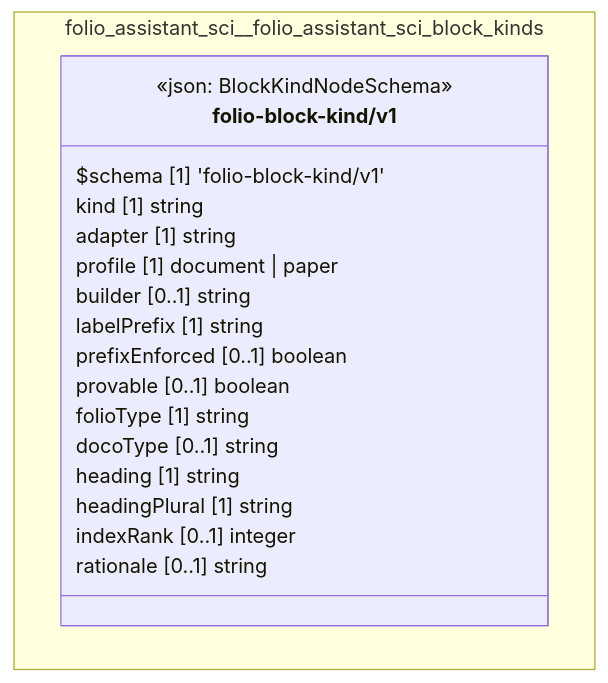
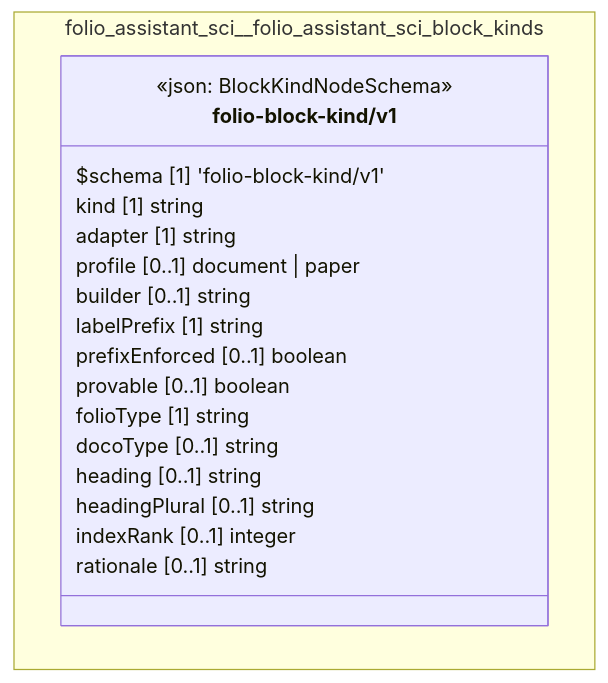
One commit to litlfred/folio-assistant changed the diagram in cat-harness/docs/uml/overview/folio-assistant-sci/folio-assistant-sci-block-kinds.md. Above: the diagram before and after it, drawn with Mermaid. The commit also changed 98 other files, not shown here.

````diff
--- a/cat-harness/docs/uml/overview/folio-assistant-sci/folio-assistant-sci-block-kinds.md
+++ b/cat-harness/docs/uml/overview/folio-assistant-sci/folio-assistant-sci-block-kinds.md
@@ -42,24 +42,24 @@
 ```mermaid
 classDiagram
   direction TB
   namespace folio_assistant_sci__folio_assistant_sci_block_kinds {
     class folio_assistant_sci_folio_assistant_sci_block_kinds_folio_block_kind_v1_folio_block_kind_v1["folio-block-kind/v1"] {
       <<json: BlockKindNodeSchema>>
       $schema [1] 'folio-block-kind/v1'
       kind [1] string
       adapter [1] string
-      profile [1] document | paper
+      profile [0..1] document | paper
       builder [0..1] string
       labelPrefix [1] string
       prefixEnforced [0..1] boolean
       provable [0..1] boolean
       folioType [1] string
       docoType [0..1] string
-      heading [1] string
-      headingPlural [1] string
+      heading [0..1] string
+      headingPlural [0..1] string
       indexRank [0..1] integer
       rationale [0..1] string
     }
   }
   cssClass "folio_assistant_sci_folio_assistant_sci_block_kinds_folio_block_kind_v1_folio_block_kind_v1" fa_uml_kind_block_kinds
 ```
````
